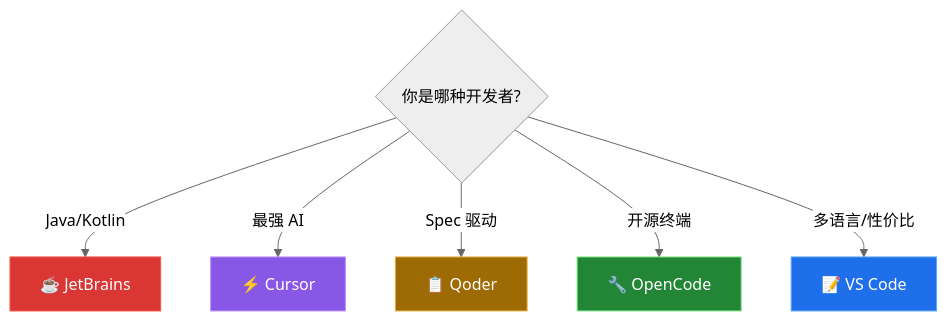
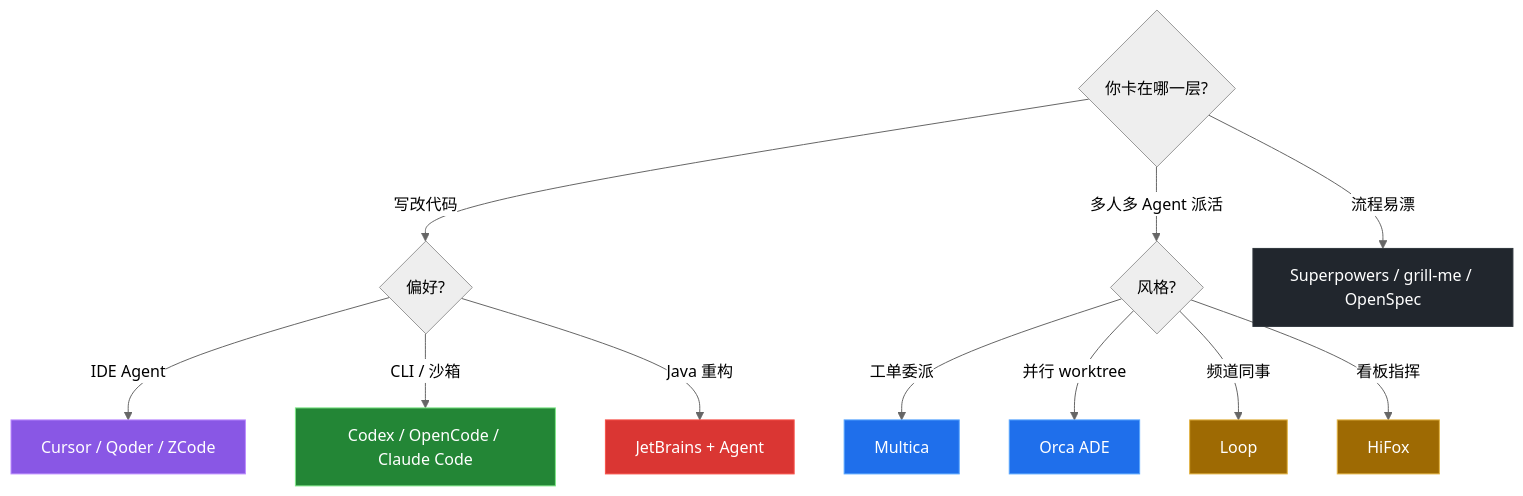
The sixth of 14 diagrams in README.md (leohou0430/my-ai-stack), drawn with Mermaid (neutral theme) before and after one commit. The commit also changed other lines of this file and 2 other files, not shown here.

Commit message:
Refactor code structure for improved readability and maintainability

````diff
--- a/README.md
+++ b/README.md
@@ -147,14 +272,22 @@
 ```mermaid
 graph TB
-    Start{"你是哪种开发者?"}
-    Start -->|"Java/Kotlin"| A["☕ JetBrains"]
-    Start -->|"最强 AI"| B["⚡ Cursor"]
-    Start -->|"Spec 驱动"| E["📋 Qoder"]
-    Start -->|"开源终端"| F["🔧 OpenCode"]
-    Start -->|"多语言/性价比"| C["📝 VS Code"]
-    style A fill:#da3633,stroke:#f85149,color:#fff
-    style B fill:#8957e5,stroke:#bc8cff,color:#fff
-    style E fill:#9e6a03,stroke:#e3b341,color:#fff
-    style F fill:#238636,stroke:#7ee787,color:#fff
-    style C fill:#1f6feb,stroke:#58a6ff,color:#fff
+    Start{"你卡在哪一层?"}
+    Start -->|"写改代码"| Code{"偏好?"}
+    Code -->|"IDE Agent"| Cursor["Cursor / Qoder / ZCode"]
+    Code -->|"CLI / 沙箱"| CLI["Codex / OpenCode / Claude Code"]
+    Code -->|"Java 重构"| JB["JetBrains + Agent"]
+    Start -->|"多人多 Agent 派活"| Collab{"风格?"}
+    Collab -->|"工单委派"| M["Multica"]
+    Collab -->|"并行 worktree"| O["Orca ADE"]
+    Collab -->|"频道同事"| L["Loop"]
+    Collab -->|"看板指挥"| H["HiFox"]
+    Start -->|"流程易漂"| Skill["Superpowers / grill-me / OpenSpec"]
+    style Cursor fill:#8957e5,stroke:#bc8cff,color:#fff
+    style CLI fill:#238636,stroke:#7ee787,color:#fff
+    style JB fill:#da3633,stroke:#f85149,color:#fff
+    style M fill:#1f6feb,stroke:#58a6ff,color:#fff
+    style O fill:#1f6feb,stroke:#58a6ff,color:#fff
+    style L fill:#9e6a03,stroke:#e3b341,color:#fff
+    style H fill:#9e6a03,stroke:#e3b341,color:#fff
+    style Skill fill:#21262d,stroke:#30363d,color:#fff
 ```
````
